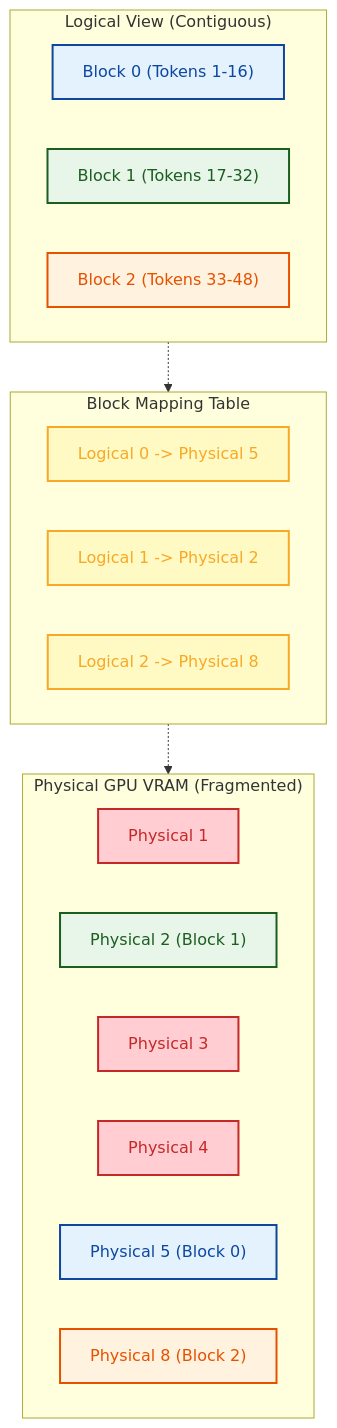
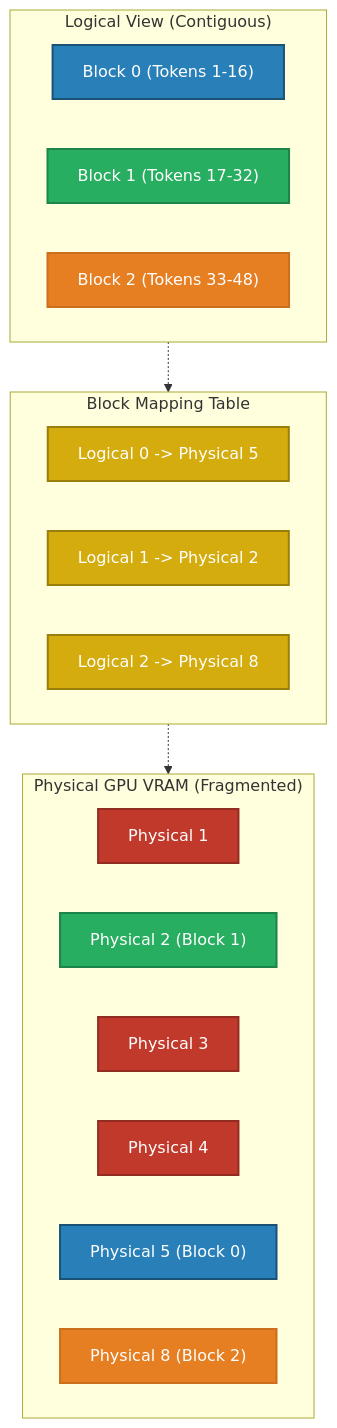
Before and after one commit to GyanendraChaubey/AI-Engineering-Notes: the first of 2 diagrams in docs/12-deployment/README.md, drawn with Mermaid. The commit also changed other lines of this file and 15 other files, not shown here.

Commit message:
style: replace all Mermaid diagram colors with saturated palette + white text for dark mode compatibility (321 changes across 16 files)

````diff
--- a/docs/12-deployment/README.md
+++ b/docs/12-deployment/README.md
@@ -51,38 +51,38 @@
 ```mermaid
 flowchart TD
     subgraph Logical_KV_Space ["Logical View (Contiguous)"]
         A["Block 0 (Tokens 1-16)"]
         B["Block 1 (Tokens 17-32)"]
         C["Block 2 (Tokens 33-48)"]
     end
     
     subgraph Block_Table ["Block Mapping Table"]
         D["Logical 0 -> Physical 5"]
         E["Logical 1 -> Physical 2"]
         F["Logical 2 -> Physical 8"]
     end
     
     subgraph Physical_VRAM ["Physical GPU VRAM (Fragmented)"]
         P1["Physical 1"]
         P2["Physical 2 (Block 1)"]
         P3["Physical 3"]
         P4["Physical 4"]
         P5["Physical 5 (Block 0)"]
         P8["Physical 8 (Block 2)"]
     end
     
     Logical_KV_Space -.-> Block_Table
     Block_Table -.-> Physical_VRAM
-    style A fill:#e3f2fd,stroke:#0d47a1,stroke-width:2px,color:#0d47a1
-    style B fill:#e8f5e9,stroke:#1b5e20,stroke-width:2px,color:#1b5e20
-    style C fill:#fff3e0,stroke:#e65100,stroke-width:2px,color:#e65100
-    style D fill:#fff9c4,stroke:#f9a825,stroke-width:2px,color:#f9a825
-    style E fill:#fff9c4,stroke:#f9a825,stroke-width:2px,color:#f9a825
-    style F fill:#fff9c4,stroke:#f9a825,stroke-width:2px,color:#f9a825
-    style P1 fill:#ffcdd2,stroke:#c62828,stroke-width:2px,color:#c62828
-    style P2 fill:#e8f5e9,stroke:#1b5e20,stroke-width:2px,color:#1b5e20
-    style P3 fill:#ffcdd2,stroke:#c62828,stroke-width:2px,color:#c62828
-    style P4 fill:#ffcdd2,stroke:#c62828,stroke-width:2px,color:#c62828
-    style P5 fill:#e3f2fd,stroke:#0d47a1,stroke-width:2px,color:#0d47a1
-    style P8 fill:#fff3e0,stroke:#e65100,stroke-width:2px,color:#e65100
+    style A fill:#2980B9,stroke:#1A5276,stroke-width:2px,color:#FFFFFF
+    style B fill:#27AE60,stroke:#1E8449,stroke-width:2px,color:#FFFFFF
+    style C fill:#E67E22,stroke:#CA6F1E,stroke-width:2px,color:#FFFFFF
+    style D fill:#D4AC0D,stroke:#9A7D0A,stroke-width:2px,color:#FFFFFF
+    style E fill:#D4AC0D,stroke:#9A7D0A,stroke-width:2px,color:#FFFFFF
+    style F fill:#D4AC0D,stroke:#9A7D0A,stroke-width:2px,color:#FFFFFF
+    style P1 fill:#C0392B,stroke:#922B21,stroke-width:2px,color:#FFFFFF
+    style P2 fill:#27AE60,stroke:#1E8449,stroke-width:2px,color:#FFFFFF
+    style P3 fill:#C0392B,stroke:#922B21,stroke-width:2px,color:#FFFFFF
+    style P4 fill:#C0392B,stroke:#922B21,stroke-width:2px,color:#FFFFFF
+    style P5 fill:#2980B9,stroke:#1A5276,stroke-width:2px,color:#FFFFFF
+    style P8 fill:#E67E22,stroke:#CA6F1E,stroke-width:2px,color:#FFFFFF
 ```
````
